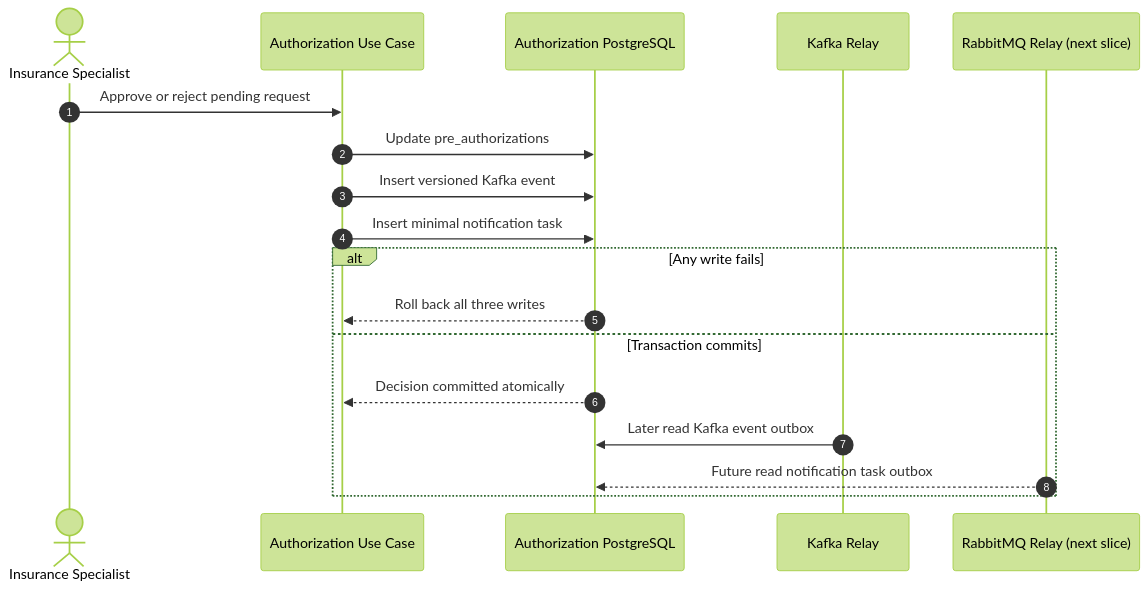
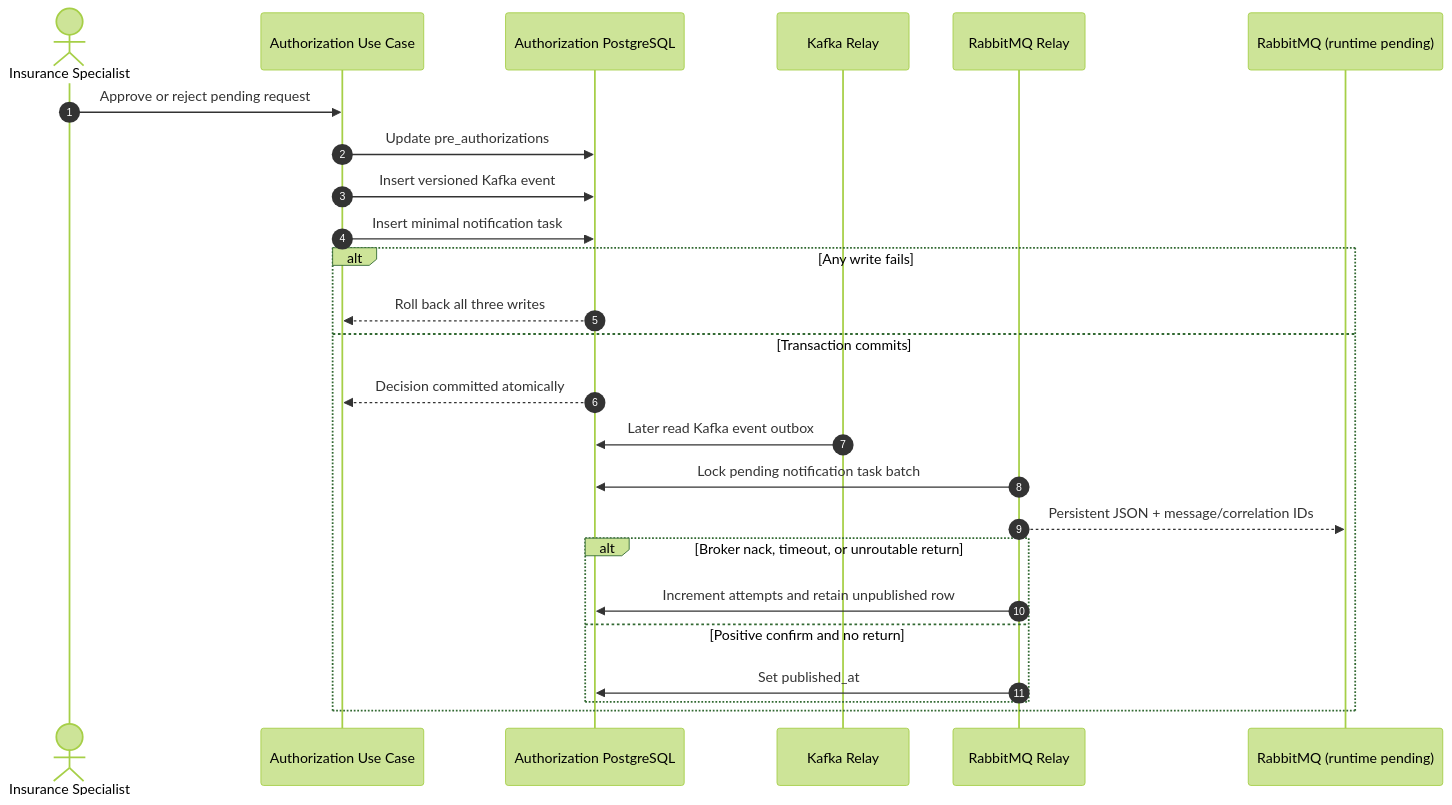
One commit to aydindemir1/health-insurance-platform changed the third of 4 diagrams in docs/architecture/workflow-sequences.md. Above: the diagram before and after it, drawn with Mermaid (forest theme). The commit also changed 9 other files, not shown here.

Commit message:
docs: document notification task publishing

````diff
--- a/docs/architecture/workflow-sequences.md
+++ b/docs/architecture/workflow-sequences.md
@@ -72,21 +72,28 @@
 ```mermaid
 sequenceDiagram
     autonumber
     actor S as Insurance Specialist
     participant A as Authorization Use Case
     participant DB as Authorization PostgreSQL
     participant K as Kafka Relay
-    participant R as RabbitMQ Relay (next slice)
+    participant R as RabbitMQ Relay
+    participant Q as RabbitMQ (runtime pending)
 
     S->>A: Approve or reject pending request
     A->>DB: Update pre_authorizations
     A->>DB: Insert versioned Kafka event
     A->>DB: Insert minimal notification task
     alt Any write fails
         DB-->>A: Roll back all three writes
     else Transaction commits
         DB-->>A: Decision committed atomically
         K->>DB: Later read Kafka event outbox
-        R-->>DB: Future read notification task outbox
+        R->>DB: Lock pending notification task batch
+        R-->>Q: Persistent JSON + message/correlation IDs
+        alt Broker nack, timeout, or unroutable return
+            R->>DB: Increment attempts and retain unpublished row
+        else Positive confirm and no return
+            R->>DB: Set published_at
+        end
     end
 ```
````
